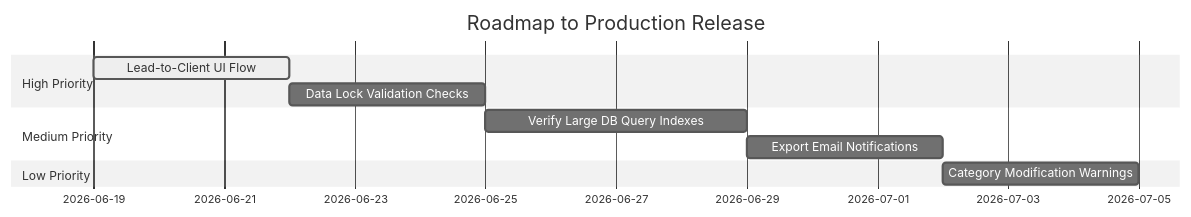
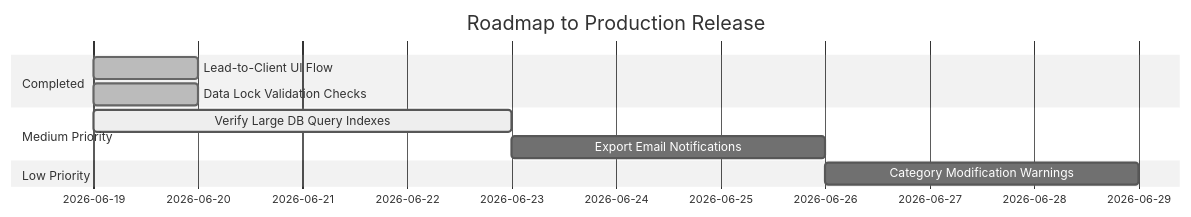
The diagram in docs/final-audit/README.md (jchademwiri/pmg-hub), drawn with Mermaid (neutral theme) before and after one commit. The commit also changed other lines of this file and 21 other files, not shown here.

Commit message:
feat: implement accounting overview module, finalize lead-to-client conversion, and add audit documentation with system health tracking

````diff
--- a/docs/final-audit/README.md
+++ b/docs/final-audit/README.md
@@ -41,13 +41,13 @@
 ```mermaid
 gantt
     title Roadmap to Production Release
     dateFormat  YYYY-MM-DD
-    section High Priority
-    Lead-to-Client UI Flow          :active, 2026-06-19, 3d
-    Data Lock Validation Checks     : 3d
+    section Completed
+    Lead-to-Client UI Flow          :done, 2026-06-19, 1d
+    Data Lock Validation Checks     :done, 2026-06-19, 1d
     section Medium Priority
-    Verify Large DB Query Indexes    : 4d
+    Verify Large DB Query Indexes    :active, 2026-06-19, 4d
     Export Email Notifications      : 3d
     section Low Priority
     Category Modification Warnings  : 3d
 ```
````
